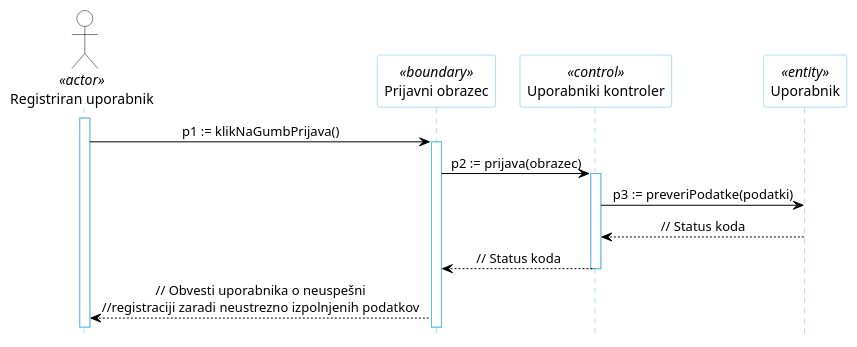
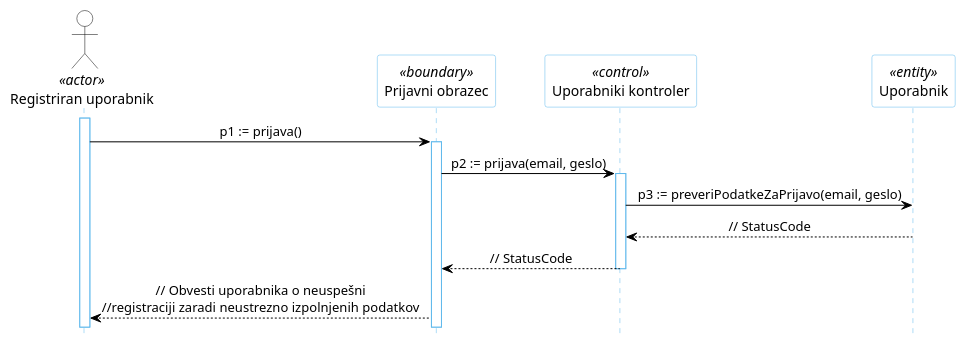
The diagram in docs/gradivo/plantuml/DZ/02b.puml (kupinah/test-tpo), drawn with PlantUML before and after one commit. The commit also changed 36 other files, not shown here.

```diff
--- a/docs/gradivo/plantuml/DZ/02b.puml
+++ b/docs/gradivo/plantuml/DZ/02b.puml
@@ -1,29 +1,29 @@
 @startuml
 hide footbox
 
 skinparam backgroundcolor transparent
 skinparam defaultTextAlignment center
 skinparam actorBorderColor black
 skinparam actorBackgroundColor white
 skinparam arrowColor black  
 skinparam sequenceLifeLineBorderColor #5FB8EC
 skinparam sequenceParticipantBorderColor #5FB8EC
 skinparam sequenceParticipantBackgroundColor white
 
 actor "Registriran uporabnik" AS U1 <<actor>>
 
 participant "Prijavni obrazec" as R5 <<boundary>>
 participant "Uporabniki kontroler" as R2 <<control>>
 participant "Uporabnik" as R4 <<entity>>
 
 activate U1
-U1 -> R5: p1 := klikNaGumbPrijava()
+U1 -> R5: p1 := prijava()
 activate R5
-R5 -> R2: p2 := prijava(obrazec)
+R5 -> R2: p2 := prijava(email, geslo)
 activate R2
-R2 -> R4: p3 := preveriPodatke(podatki)
-R4 --> R2: // Status koda
-R2 --> R5: // Status koda
+R2 -> R4: p3 := preveriPodatkeZaPrijavo(email, geslo)
+R4 --> R2: // StatusCode
+R2 --> R5: // StatusCode
 deactivate R2
 R5 --> U1: // Obvesti uporabnika o neuspešni\n//registraciji zaradi neustrezno izpolnjenih podatkov
 @enduml
```
